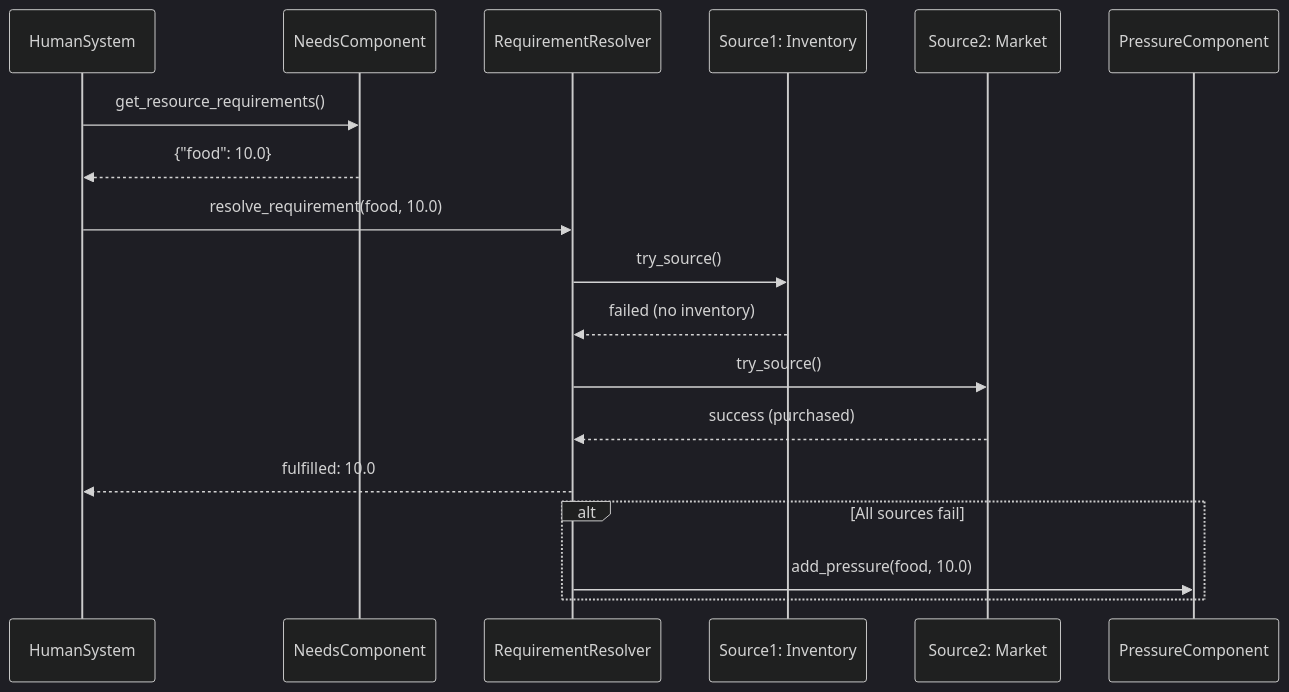
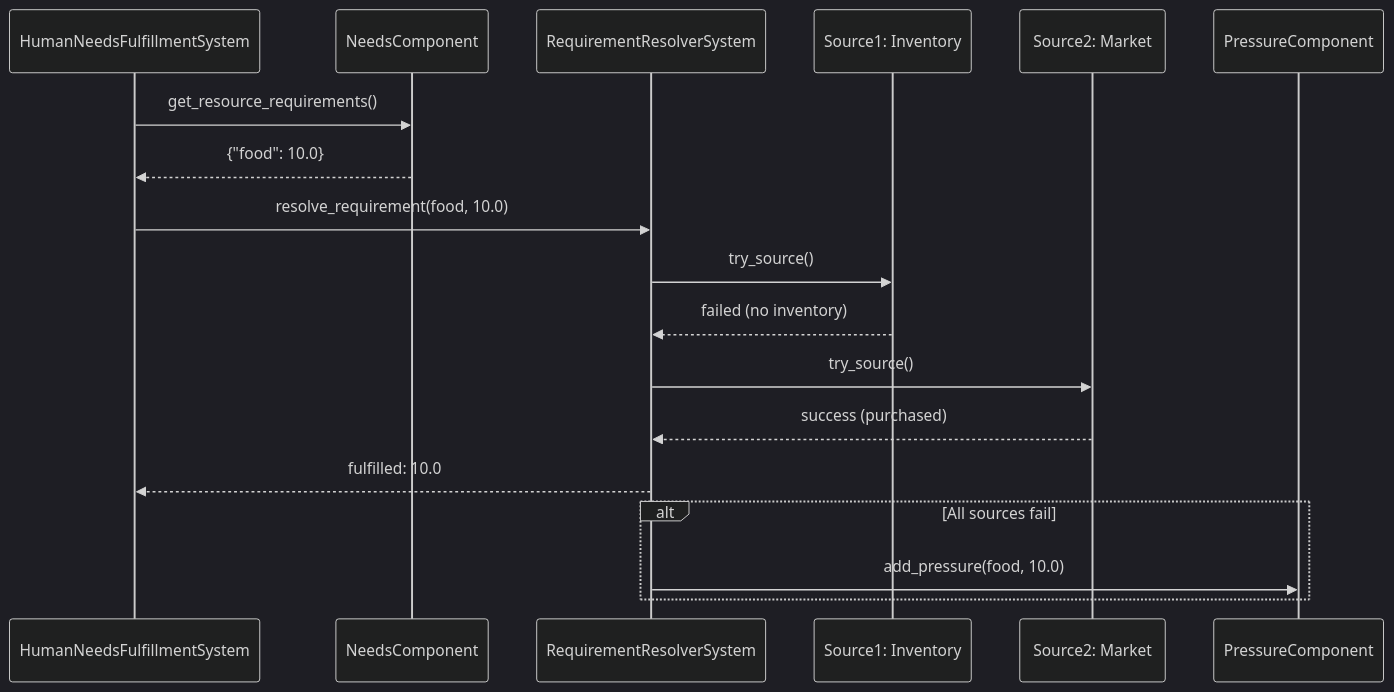
The seventh of 7 diagrams in docs/public/Architecture/README.md (LunarVagabond/Lunaris-Civitas), drawn with Mermaid (dark theme) before and after one commit. The commit also changed other lines of this file and 30 other files, not shown here.

````diff
--- a/docs/public/Architecture/README.md
+++ b/docs/public/Architecture/README.md
@@ -99,21 +140,21 @@
 ```mermaid
 sequenceDiagram
-    participant HS as HumanSystem
+    participant HS as HumanNeedsFulfillmentSystem
     participant NC as NeedsComponent
-    participant RR as RequirementResolver
+    participant RR as RequirementResolverSystem
     participant S1 as Source1: Inventory
     participant S2 as Source2: Market
     participant PC as PressureComponent
     
     HS->>NC: get_resource_requirements()
     NC-->>HS: {"food": 10.0}
     HS->>RR: resolve_requirement(food, 10.0)
     RR->>S1: try_source()
     S1-->>RR: failed (no inventory)
     RR->>S2: try_source()
     S2-->>RR: success (purchased)
     RR-->>HS: fulfilled: 10.0
     alt All sources fail
         RR->>PC: add_pressure(food, 10.0)
     end
 ```
````
